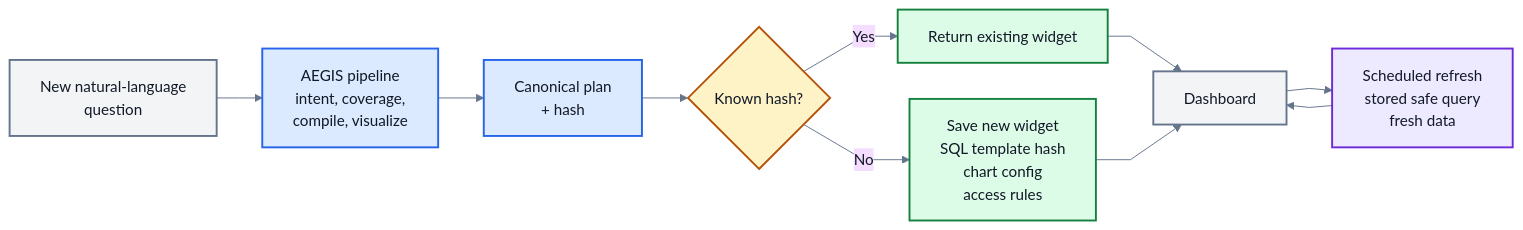
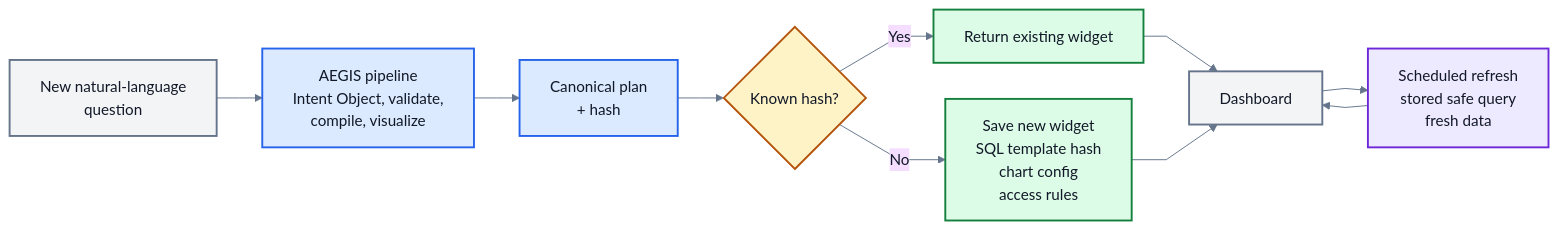
One commit to md-riaz/AEGIS-Research changed the diagram in docs/scripts/thesis_book_generator/figures/source/figure-08-widget-lifecycle.mmd. Above: the diagram before and after it, drawn with Mermaid. The commit also changed 28 other files, not shown here.

```diff
--- a/docs/scripts/thesis_book_generator/figures/source/figure-08-widget-lifecycle.mmd
+++ b/docs/scripts/thesis_book_generator/figures/source/figure-08-widget-lifecycle.mmd
@@ -1,30 +1,30 @@
 %% AEGIS thesis Figure 8 source
 %%{init: {"theme": "base", "themeCSS": ".nodeLabel, .edgeLabel, .cluster-label { font-family: Arial, sans-serif !important; } .nodeLabel { font-size: 16px; } .edgeLabel { font-size: 14px; } .cluster-label { font-weight: 700; }", "themeVariables": {"fontFamily": "Arial, sans-serif", "primaryTextColor": "#111827", "lineColor": "#64748b"}, "flowchart": {"nodeSpacing": 38, "rankSpacing": 48, "curve": "linear", "padding": 16}}}%%
 flowchart LR
     Q["New natural-language<br/>question"]
-    PIPE["AEGIS pipeline<br/>intent, coverage,<br/>compile, visualize"]
+    PIPE["AEGIS pipeline<br/>Intent Object, validate,<br/>compile, visualize"]
     PLAN["Canonical plan<br/>+ hash"]
     DEC{"Known hash?"}
     REUSE["Return existing widget"]
     SAVE["Save new widget<br/>SQL template hash<br/>chart config<br/>access rules"]
     DASH["Dashboard"]
     REF["Scheduled refresh<br/>stored safe query<br/>fresh data"]
 
     Q --> PIPE --> PLAN --> DEC
     DEC -- "Yes" --> REUSE
     DEC -- "No" --> SAVE
     REUSE --> DASH
     SAVE --> DASH
     DASH --> REF --> DASH
 
     classDef start fill:#f3f4f6,stroke:#64748b,color:#111827,stroke-width:2px;
     classDef process fill:#dbeafe,stroke:#2563eb,color:#111827,stroke-width:2px;
     classDef decision fill:#fef3c7,stroke:#b45309,color:#111827,stroke-width:2px;
     classDef store fill:#dcfce7,stroke:#15803d,color:#111827,stroke-width:2px;
     classDef refresh fill:#ede9fe,stroke:#6d28d9,color:#111827,stroke-width:2px;
 
     class Q,DASH start;
     class PIPE,PLAN,HASH process;
     class DEC decision;
     class REUSE,SAVE store;
     class REF refresh;
```
